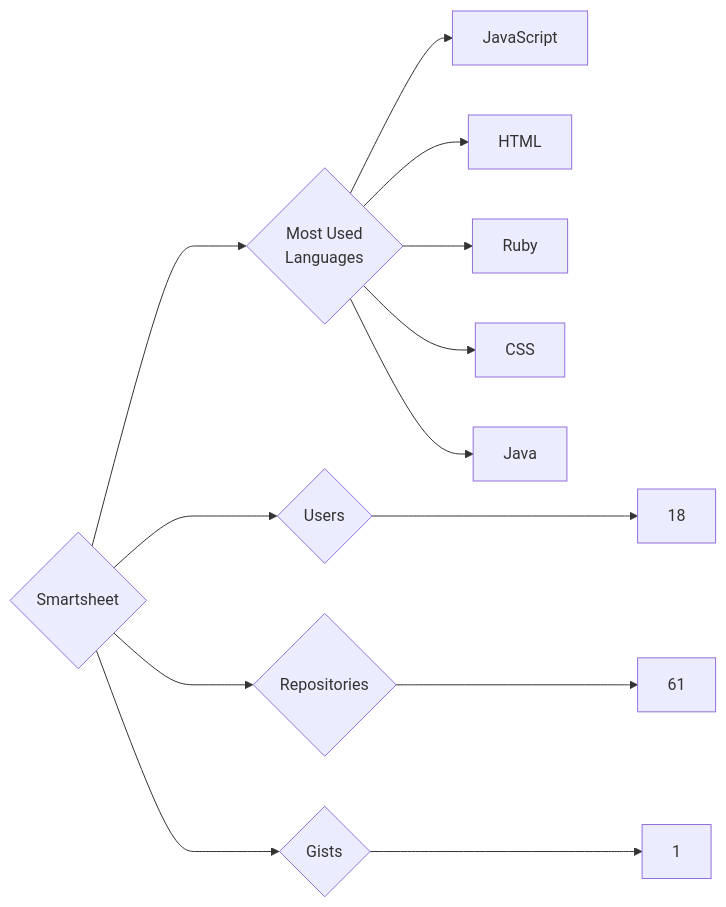
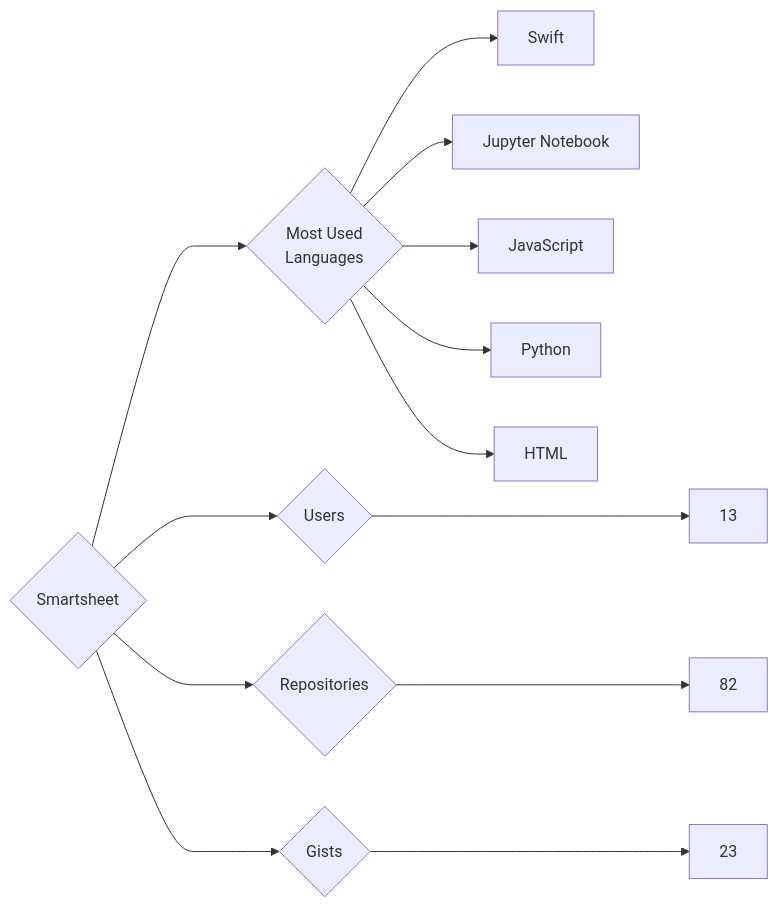
One commit to trickest/insiders changed the diagram in targets/Smartsheet/README.md. Above: the diagram before and after it, drawn with Mermaid. The commit also changed 715 other files, not shown here.

````diff
--- a/targets/Smartsheet/README.md
+++ b/targets/Smartsheet/README.md
@@ -3,13 +3,13 @@
 ```mermaid
 graph LR
 COMPANY_NAME{Smartsheet}
-COMPANY_NAME ---> U{Users} ---> UN[18]
-COMPANY_NAME ---> R{Repositories} ---> RN[61]
-COMPANY_NAME ---> G{Gists} ---> GN[1]
+COMPANY_NAME ---> U{Users} ---> UN[13]
+COMPANY_NAME ---> R{Repositories} ---> RN[82]
+COMPANY_NAME ---> G{Gists} ---> GN[23]
 COMPANY_NAME ---> ML{Most Used<br>Languages}
+ML --> Swift[Swift]
+ML --> Jupyter_Notebook[Jupyter Notebook]
 ML --> JavaScript[JavaScript]
+ML --> Python[Python]
 ML --> HTML[HTML]
-ML --> Ruby[Ruby]
-ML --> CSS[CSS]
-ML --> Java[Java]
 ```
````
